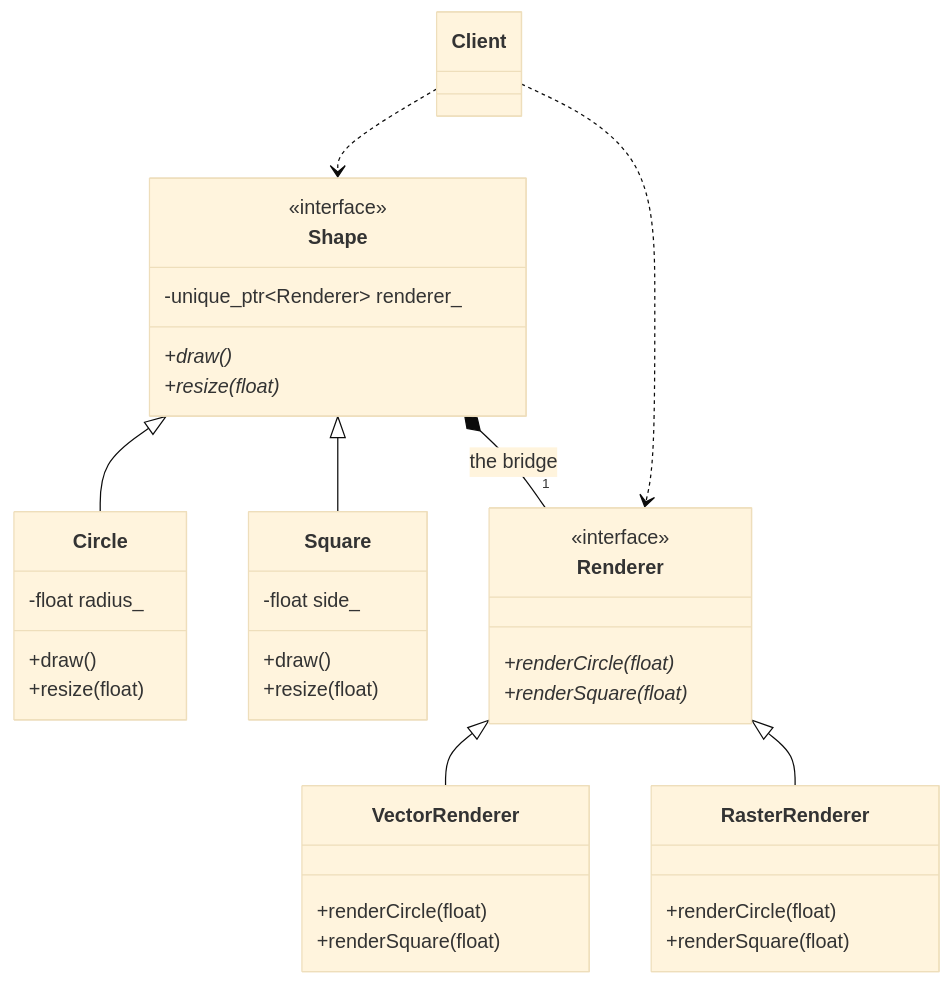
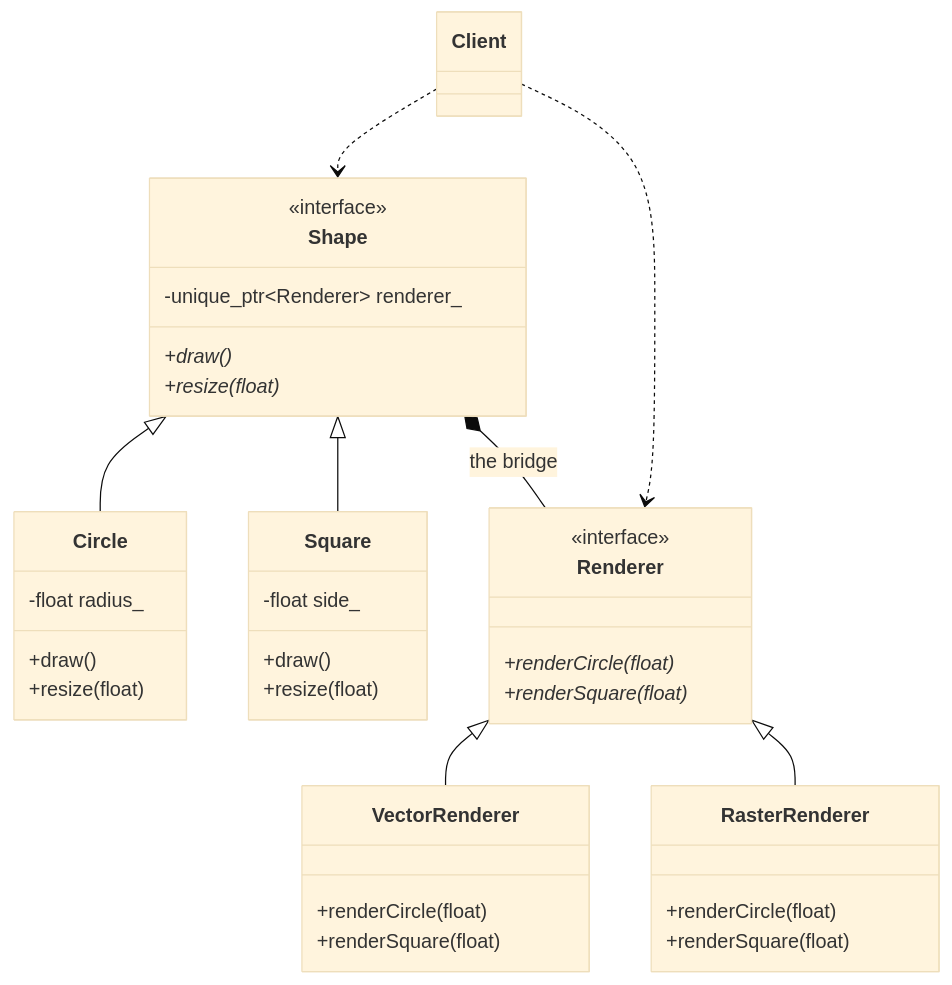
Before and after one commit to Cichlidfishexigency721/Modern-CPP-Design-Patterns: the diagram in 09_Bridge/Bridge_GoF/README.md, drawn with Mermaid (base theme). The commit also changed 22 other files, not shown here.

Commit message:
UML improvement

````diff
--- a/09_Bridge/Bridge_GoF/README.md
+++ b/09_Bridge/Bridge_GoF/README.md
@@ -45,52 +45,52 @@
 ```mermaid
 classDiagram
    class Renderer {
       <<interface>>
       +renderCircle(float)*
       +renderSquare(float)*
    }
 
    class VectorRenderer {
       +renderCircle(float)
       +renderSquare(float)
    }
 
    class RasterRenderer {
       +renderCircle(float)
       +renderSquare(float)
    }
 
    class Shape {
       <<interface>>
       -unique_ptr~Renderer~ renderer_
       +draw()*
       +resize(float)*
    }
 
    class Circle {
       -float radius_
       +draw()
       +resize(float)
    }
 
    class Square {
       -float side_
       +draw()
       +resize(float)
    }
 
    %% Implementer hierarchy
    Renderer <|-- VectorRenderer
    Renderer <|-- RasterRenderer
 
    %% Abstraction hierarchy
    Shape <|-- Circle
    Shape <|-- Square
 
    %% The Bridge: Shape owns a Renderer
-   Shape *-- "1" Renderer : the bridge
+   Shape *-- Renderer : the bridge
 
    %% Client depends on abstractions but instantiates concrete types
    Client ..> Shape
    Client ..> Renderer
 ```
````
